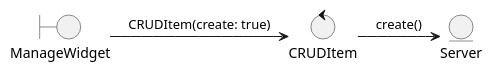
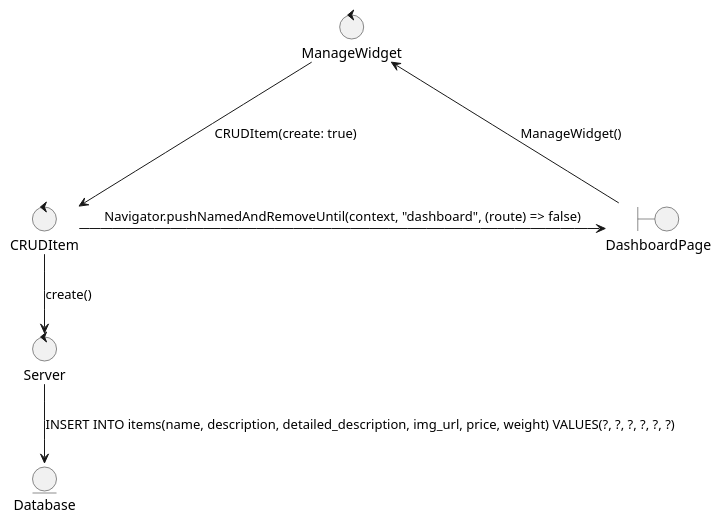
One commit to stnDinus/skpl_apbo_diagrams changed the diagram in crt_item_colab.puml. Above: the diagram before and after it, drawn with PlantUML. The commit also changed 19 other files, not shown here.

Commit message:
fix: sequence, colab diagrams

```diff
--- a/crt_item_colab.puml
+++ b/crt_item_colab.puml
@@ -1,8 +1,13 @@
 @startuml
-boundary ManageWidget
+boundary DashboardPage
+control ManageWidget
 control CRUDItem
-entity Server
+control Server
+entity Database
 
-(ManageWidget) -> (CRUDItem): CRUDItem(create: true)
-(CRUDItem) -> (Server): create()
+(DashboardPage) -l-> (ManageWidget): ManageWidget()
+(ManageWidget) ---> (CRUDItem): CRUDItem(create: true)
+(CRUDItem) --> (Server): create()
+(Server) --> (Database): INSERT INTO items(name, description, detailed_description, img_url, price, weight) VALUES(?, ?, ?, ?, ?, ?)
+(CRUDItem) -> (DashboardPage): Navigator.pushNamedAndRemoveUntil(context, "dashboard", (route) => false)
 @enduml
```
